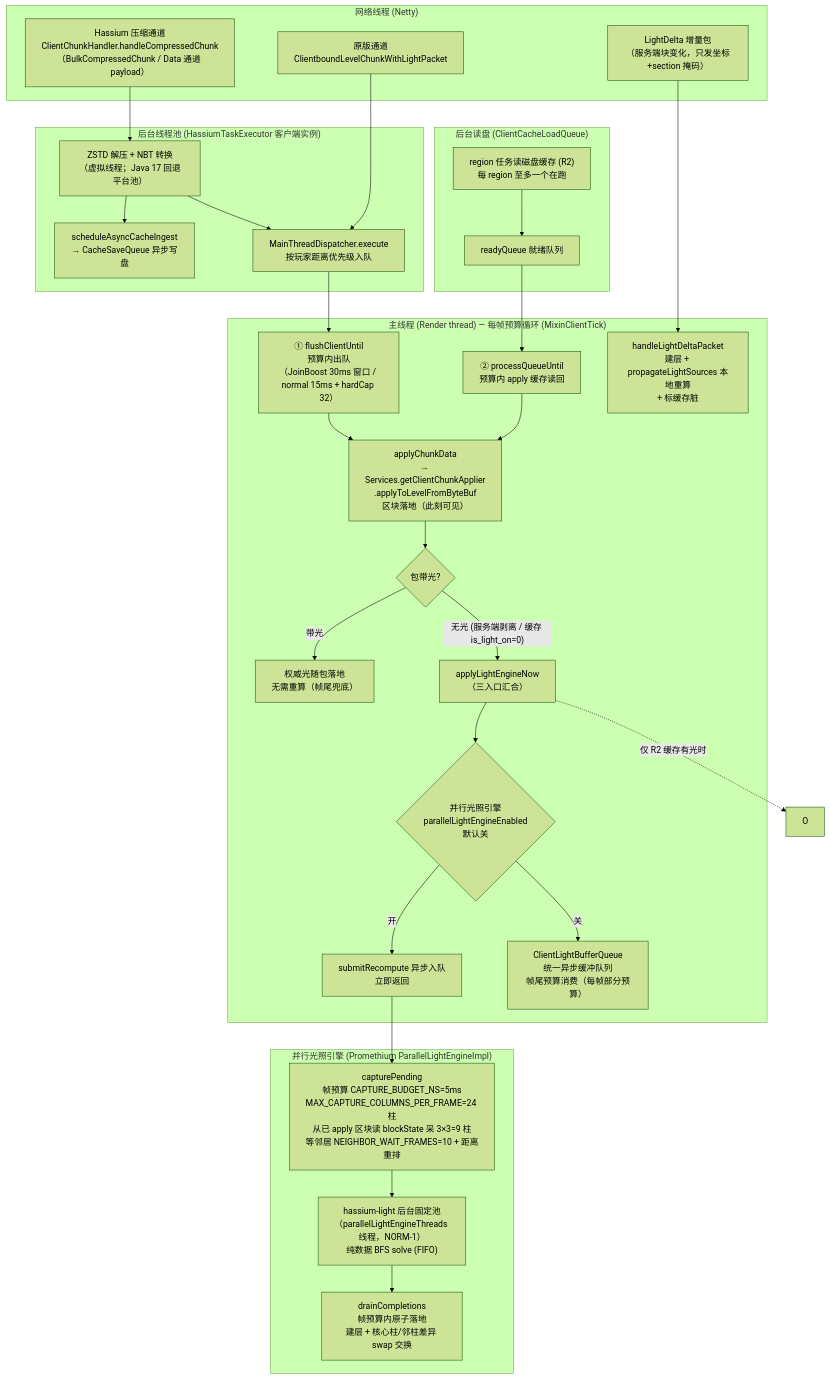
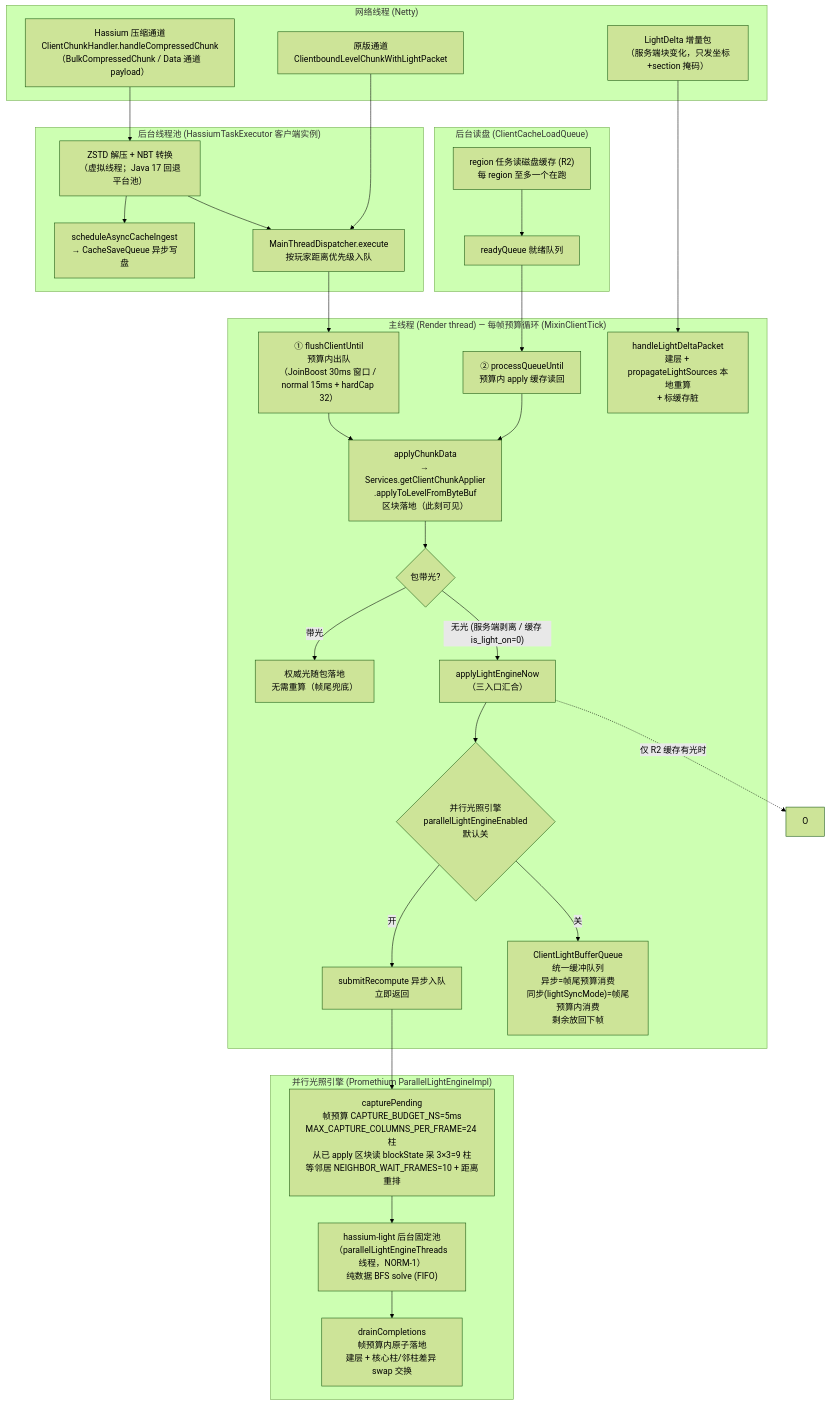
Before and after one commit to limuqy/Hassium: the diagram in docs/client-chunk-light-flow.md, drawn with Mermaid (forest theme). The commit also changed other lines of this file and 19 other files, not shown here.

First line of the commit message:
feat(light): clientCache.lightSyncMode dual-buffer sync recompute with frame budget

````diff
--- a/docs/client-chunk-light-flow.md
+++ b/docs/client-chunk-light-flow.md
@@ -16,56 +16,56 @@
 ```mermaid
 flowchart TD
     subgraph NET["网络线程 (Netty)"]
         A["Hassium 压缩通道<br/>ClientChunkHandler.handleCompressedChunk<br/>（BulkCompressedChunk / Data 通道 payload）"]
         B["原版通道<br/>ClientboundLevelChunkWithLightPacket"]
         C["LightDelta 增量包<br/>（服务端块变化，只发坐标+section 掩码）"]
     end
 
     subgraph BG["后台线程池 (HassiumTaskExecutor 客户端实例)"]
         D["ZSTD 解压 + NBT 转换<br/>（虚拟线程；Java 17 回退平台池）"]
         E["scheduleAsyncCacheIngest<br/>→ CacheSaveQueue 异步写盘"]
         F["MainThreadDispatcher.execute<br/>按玩家距离优先级入队"]
     end
 
     subgraph BG2["后台读盘 (ClientCacheLoadQueue)"]
         U["region 任务读磁盘缓存 (R2)<br/>每 region 至多一个在跑"]
         V["readyQueue 就绪队列"]
     end
 
     subgraph MAIN["主线程 (Render thread) — 每帧预算循环 (MixinClientTick)"]
         G["① flushClientUntil<br/>预算内出队<br/>（JoinBoost 30ms 窗口 / normal 15ms + hardCap 32）"]
         G2["② processQueueUntil<br/>预算内 apply 缓存读回"]
         H["applyChunkData<br/>→ Services.getClientChunkApplier<br/>.applyToLevelFromByteBuf<br/>区块落地（此刻可见）"]
         I{"包带光?"}
         J["权威光随包落地<br/>无需重算（帧尾兜底）"]
         K["applyLightEngineNow<br/>（三入口汇合）"]
         L{"并行光照引擎<br/>parallelLightEngineEnabled<br/>默认关"}
         M["submitRecompute 异步入队<br/>立即返回"]
-        N["ClientLightBufferQueue<br/>统一异步缓冲队列<br/>帧尾预算消费（每帧部分预算）"]
+        N["ClientLightBufferQueue<br/>统一缓冲队列<br/>异步=帧尾预算消费<br/>同步(lightSyncMode)=帧尾预算内消费<br/>剩余放回下帧"]
         P["handleLightDeltaPacket<br/>建层 + propagateLightSources 本地重算<br/>+ 标缓存脏"]
     end
 
     subgraph LIGHT["并行光照引擎 (Promethium ParallelLightEngineImpl)"]
         Q["capturePending<br/>帧预算 CAPTURE_BUDGET_NS=5ms<br/>MAX_CAPTURE_COLUMNS_PER_FRAME=24 柱<br/>从已 apply 区块读 blockState 采 3×3=9 柱<br/>等邻居 NEIGHBOR_WAIT_FRAMES=10 + 距离重排"]
         R["hassium-light 后台固定池<br/>（parallelLightEngineThreads 线程，NORM-1）<br/>纯数据 BFS solve (FIFO)"]
         S["drainCompletions<br/>帧预算内原子落地<br/>建层 + 核心柱/邻柱差异 swap 交换"]
     end
 
     A --> D --> E
     D --> F
     B --> F
     U --> V
     F --> G
     V --> G2
     G --> H
     G2 --> H
     H --> I
     I -- "带光" --> J
     I -- "无光 (服务端剥离 / 缓存 is_light_on=0)" --> K
     K --> L
     K -. "仅 R2 缓存有光时" .-> O
     L -- "开" --> M
     L -- "关" --> N
     C --> P
     M --> Q --> R --> S
 ```
````
